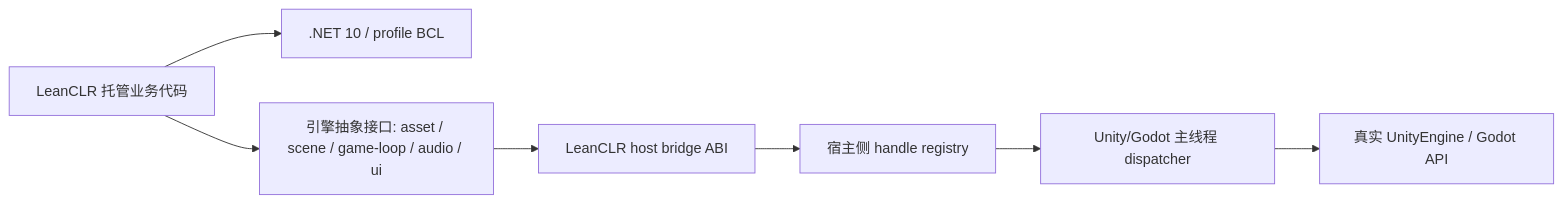
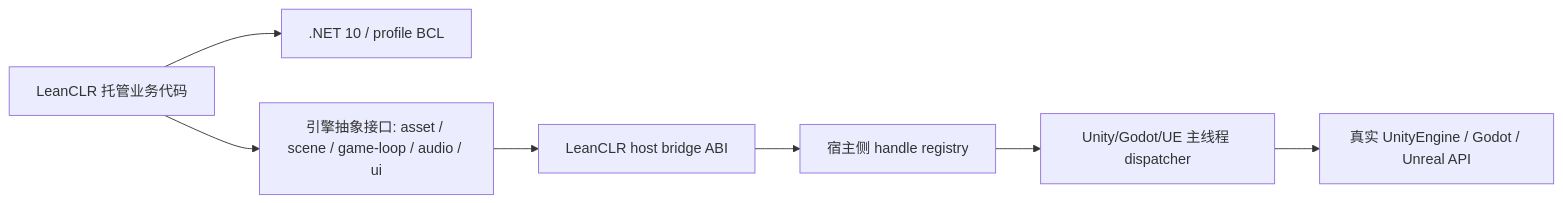
One commit to wqaetly/leanclr changed the tenth of 14 diagrams in docs/dotnet10-runtime-architecture-blog.md. Above: the diagram before and after it, drawn with Mermaid. The commit also changed other lines of this file, not shown here.

````diff
--- a/docs/dotnet10-runtime-architecture-blog.md
+++ b/docs/dotnet10-runtime-architecture-blog.md
@@ -512,9 +512,9 @@
 ```mermaid
 flowchart LR
     A["LeanCLR 托管业务代码"] --> B[".NET 10 / profile BCL"]
     A --> C["引擎抽象接口: asset / scene / game-loop / audio / ui"]
     C --> D["LeanCLR host bridge ABI"]
     D --> E["宿主侧 handle registry"]
-    E --> F["Unity/Godot 主线程 dispatcher"]
-    F --> G["真实 UnityEngine / Godot API"]
+    E --> F["Unity/Godot/UE 主线程 dispatcher"]
+    F --> G["真实 UnityEngine / Godot / Unreal API"]
 ```
````
